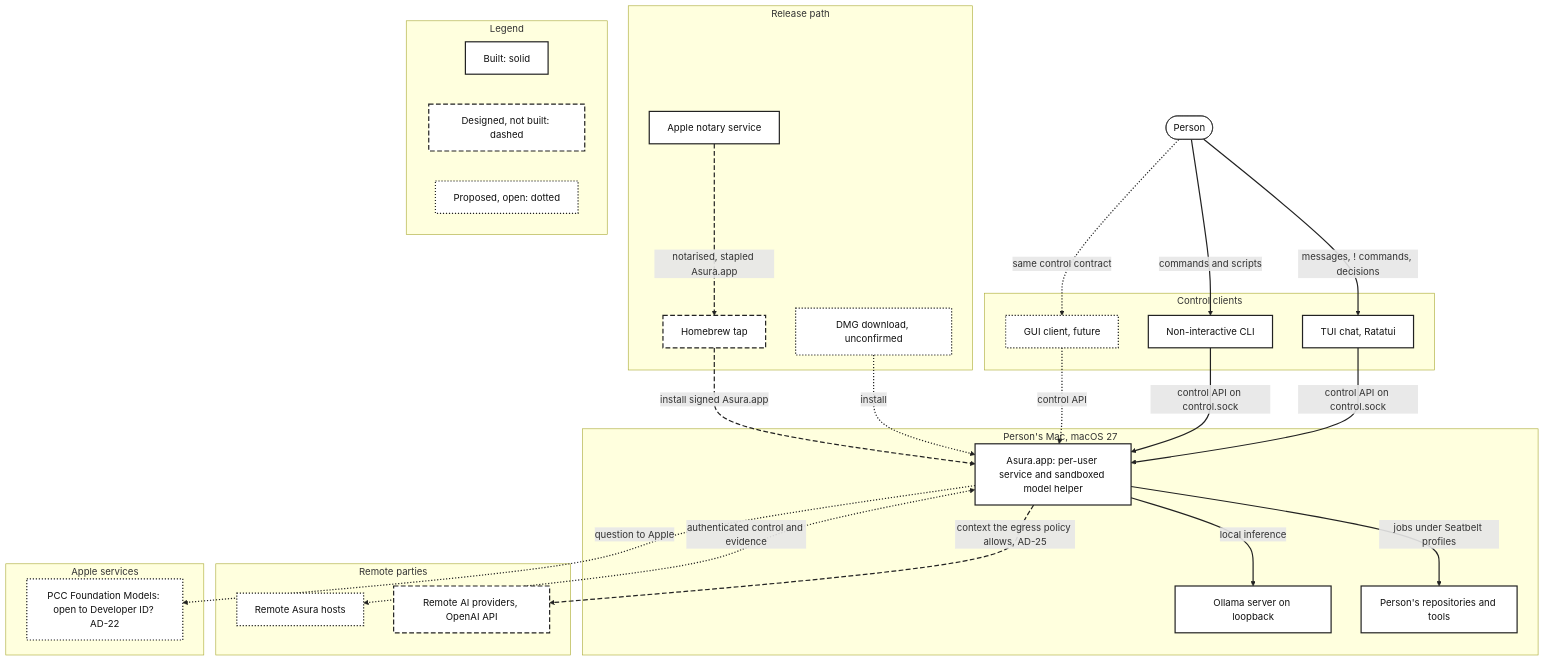
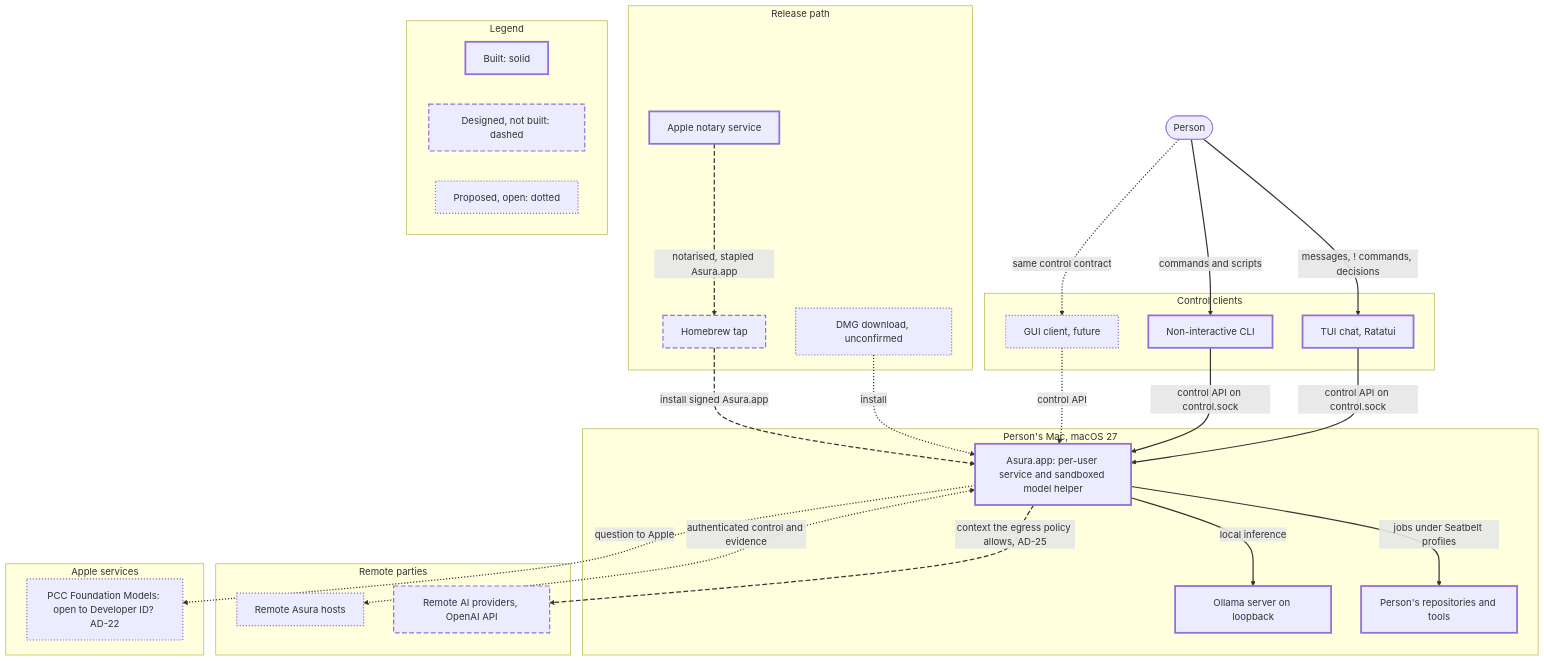
Before and after one commit to pidster/asura: the first of 7 diagrams in docs/designs/architecture-overview.md, drawn with Mermaid. The commit also changed other lines of this file, not shown here.

First line of the commit message:
Let the overview diagrams follow the viewer's theme: no colours set

````diff
--- a/docs/designs/architecture-overview.md
+++ b/docs/designs/architecture-overview.md
@@ -65,53 +65,53 @@
 ```mermaid
 flowchart TB
     Person(["Person"]):::outside
     subgraph Release["Release path"]
         Notary["Apple notary service"]:::built
         Brew["Homebrew tap"]:::designed
         DMG["DMG download, unconfirmed"]:::proposed
     end
     subgraph Clients["Control clients"]
         TUI["TUI chat, Ratatui"]:::built
         CLI["Non-interactive CLI"]:::built
         GUI["GUI client, future"]:::proposed
     end
     subgraph Mac["Person's Mac, macOS 27"]
         Asura["Asura.app: per-user service and sandboxed model helper"]:::built
         Ollama["Ollama server on loopback"]:::built
         Tools["Person's repositories and tools"]:::built
     end
     subgraph Remote["Remote parties"]
         Prov["Remote AI providers, OpenAI API"]:::designed
         RHost["Remote Asura hosts"]:::proposed
     end
     subgraph Apple["Apple services"]
         PCC["PCC Foundation Models: open to Developer ID? AD-22"]:::proposed
     end
     Person -->|"messages, ! commands, decisions"| TUI
     Person -->|"commands and scripts"| CLI
     TUI -->|"control API on control.sock"| Asura
     CLI -->|"control API on control.sock"| Asura
     Asura -->|"jobs under Seatbelt profiles"| Tools
     Asura -->|"local inference"| Ollama
     Notary -->|"notarised, stapled Asura.app"| Brew
     Brew -->|"install signed Asura.app"| Asura
     Asura -->|"context the egress policy allows, AD-25"| Prov
     Person -->|"same control contract"| GUI
     GUI -->|"control API"| Asura
     Asura <-->|"authenticated control and evidence"| RHost
     DMG -->|"install"| Asura
     Asura -->|"question to Apple"| PCC
     subgraph Legend["Legend"]
         direction LR
         LB["Built: solid"]:::built
         LD["Designed, not built: dashed"]:::designed
         LP["Proposed, open: dotted"]:::proposed
     end
-    classDef built fill:#ffffff,stroke:#222222,stroke-width:2px,color:#111111
-    classDef designed fill:#ffffff,stroke:#222222,stroke-width:2px,stroke-dasharray:8 4,color:#111111
-    classDef proposed fill:#ffffff,stroke:#222222,stroke-width:2px,stroke-dasharray:2 3,color:#111111
-    classDef outside fill:#ffffff,stroke:#222222,stroke-width:1px,color:#111111
-    linkStyle 0,1,2,3,4,5 stroke:#222222,stroke-width:2px
-    linkStyle 6,7,8 stroke:#222222,stroke-width:2px,stroke-dasharray:8 4
-    linkStyle 9,10,11,12,13 stroke:#222222,stroke-width:2px,stroke-dasharray:2 3
+    classDef built stroke-width:3px
+    classDef designed stroke-width:2px,stroke-dasharray:8 4
+    classDef proposed stroke-width:2px,stroke-dasharray:2 3
+    classDef outside stroke-width:1px
+    linkStyle 0,1,2,3,4,5 stroke-width:2px
+    linkStyle 6,7,8 stroke-width:2px,stroke-dasharray:8 4
+    linkStyle 9,10,11,12,13 stroke-width:2px,stroke-dasharray:2 3
 ```
````
